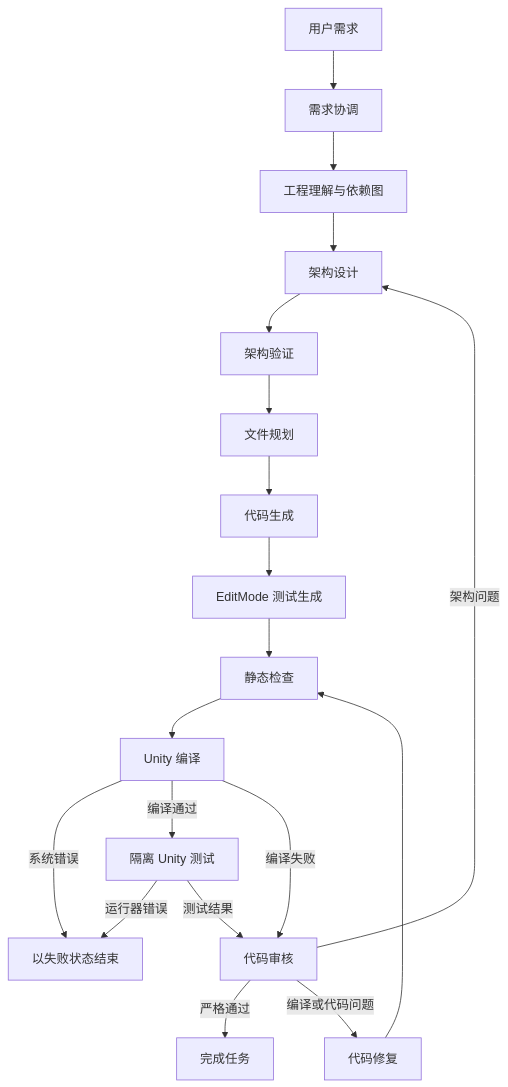
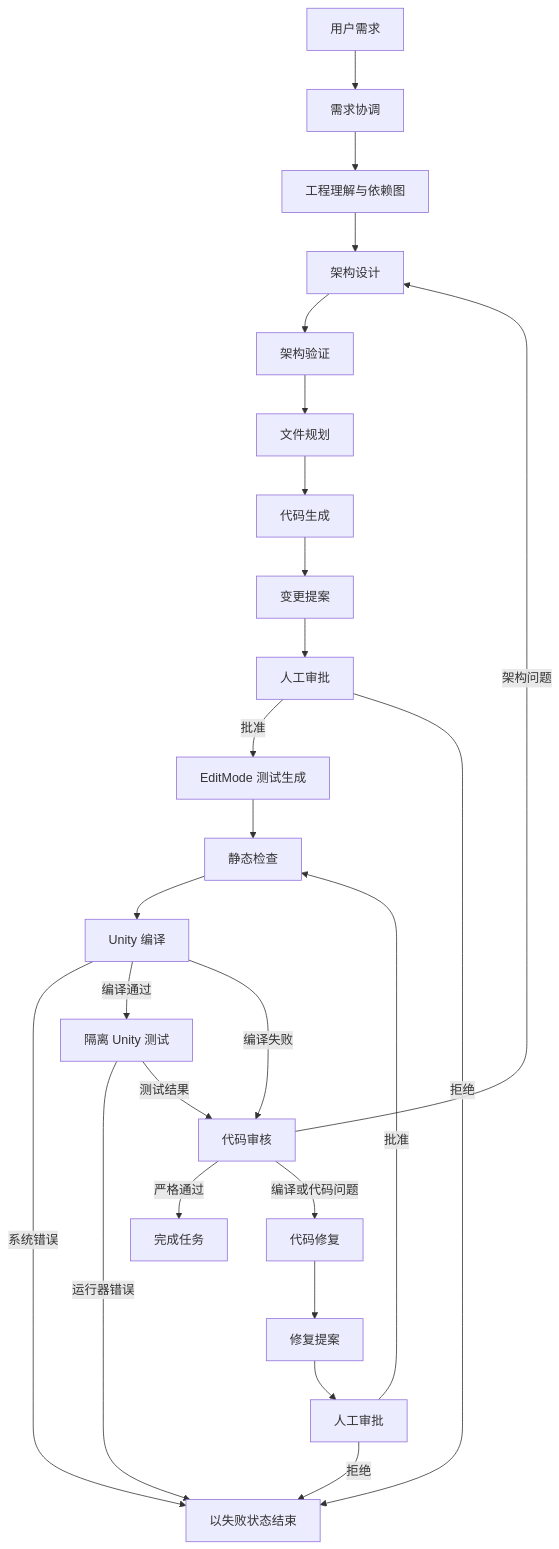
Before and after one commit to MaddieMo1/LangGraph-Coding-Agent: the diagram in README.md, drawn with Mermaid. The commit also changed other lines of this file and 32 other files, not shown here.

````diff
--- a/README.md
+++ b/README.md
@@ -94,21 +101,27 @@
 ```mermaid
 flowchart TD
     A[用户需求] --> B[需求协调]
     B --> P[工程理解与依赖图]
     P --> C[架构设计]
     C --> D[架构验证]
     D --> E[文件规划]
     E --> F[代码生成]
-    F --> T[EditMode 测试生成]
+    F --> P1[变更提案]
+    P1 --> A1[人工审批]
+    A1 -->|批准| T[EditMode 测试生成]
+    A1 -->|拒绝| Z
     T --> G[静态检查]
     G --> H[Unity 编译]
     H -->|系统错误| Z[以失败状态结束]
     H -->|编译通过| U[隔离 Unity 测试]
     H -->|编译失败| I[代码审核]
     U -->|运行器错误| Z
     U -->|测试结果| I
     I -->|严格通过| J[完成任务]
     I -->|编译或代码问题| K[代码修复]
     I -->|架构问题| C
-    K --> G
+    K --> P2[修复提案]
+    P2 --> A2[人工审批]
+    A2 -->|批准| G
+    A2 -->|拒绝| Z
 ```
````
